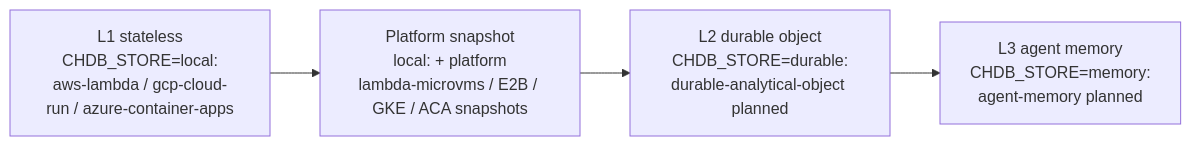
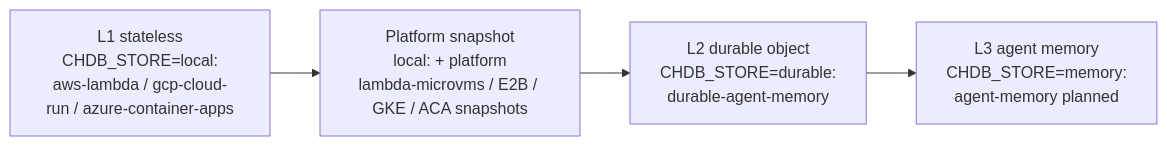
Before and after one commit to chdb-io/cookbook: the second of 2 diagrams in README.md, drawn with Mermaid. The commit also changed other lines of this file and 4 other files, not shown here.

First line of the commit message:
Add durable local agent memory recipe (#24)

````diff
--- a/README.md
+++ b/README.md
@@ -45,9 +46,9 @@
 ```mermaid
 flowchart LR
     L1["L1 stateless<br/>CHDB_STORE=local:<br/>aws-lambda / gcp-cloud-run / azure-container-apps"]
     Snapshot["Platform snapshot<br/>local: + platform<br/>lambda-microvms / E2B / GKE / ACA snapshots"]
-    L2["L2 durable object<br/>CHDB_STORE=durable:<br/>durable-analytical-object planned"]
+    L2["L2 durable object<br/>CHDB_STORE=durable:<br/>durable-agent-memory"]
     L3["L3 agent memory<br/>CHDB_STORE=memory:<br/>agent-memory planned"]
 
     L1 --> Snapshot --> L2 --> L3
 ```
````
